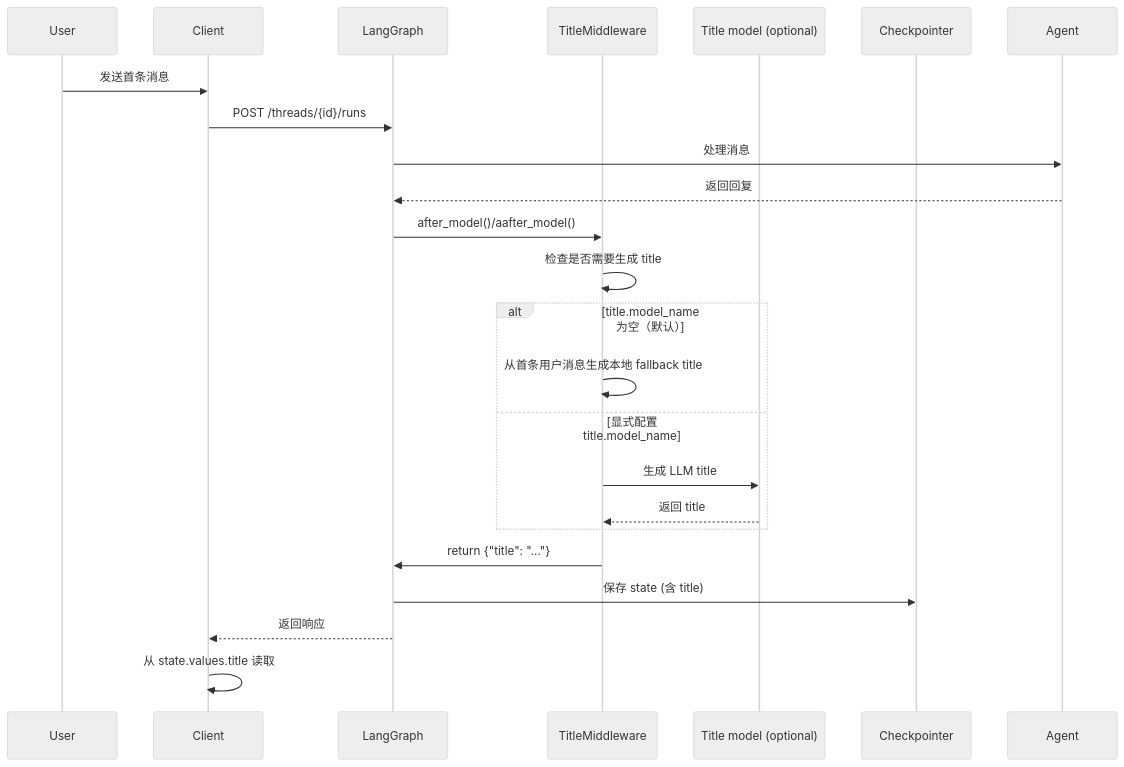
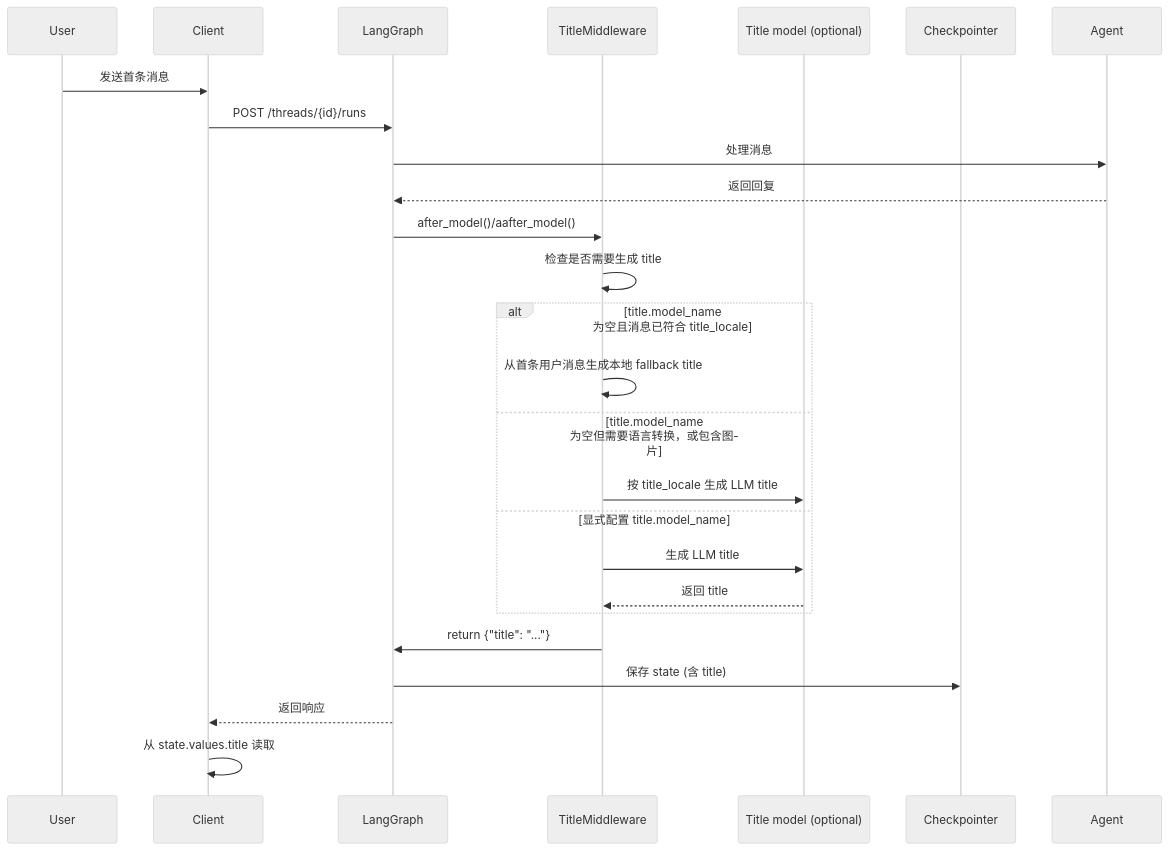
One commit to tiger8106/deer-flow changed the diagram in backend/docs/AUTO_TITLE_GENERATION.md. Above: the diagram before and after it, drawn with Mermaid (neutral theme). The commit also changed other lines of this file and 10 other files, not shown here.

````diff
--- a/backend/docs/AUTO_TITLE_GENERATION.md
+++ b/backend/docs/AUTO_TITLE_GENERATION.md
@@ -146,26 +151,28 @@
 ```mermaid
 sequenceDiagram
     participant User
     participant Client
     participant LangGraph
     participant TitleMiddleware
     participant TitleModel as Title model (optional)
     participant Checkpointer
 
     User->>Client: 发送首条消息
     Client->>LangGraph: POST /threads/{id}/runs
     LangGraph->>Agent: 处理消息
     Agent-->>LangGraph: 返回回复
     LangGraph->>TitleMiddleware: after_model()/aafter_model()
     TitleMiddleware->>TitleMiddleware: 检查是否需要生成 title
-    alt title.model_name 为空（默认）
+    alt title.model_name 为空且消息已符合 title_locale
         TitleMiddleware->>TitleMiddleware: 从首条用户消息生成本地 fallback title
+    else title.model_name 为空但需要语言转换，或包含图片
+        TitleMiddleware->>TitleModel: 按 title_locale 生成 LLM title
     else 显式配置 title.model_name
         TitleMiddleware->>TitleModel: 生成 LLM title
         TitleModel-->>TitleMiddleware: 返回 title
     end
     TitleMiddleware->>LangGraph: return {"title": "..."}
     LangGraph->>Checkpointer: 保存 state (含 title)
     LangGraph-->>Client: 返回响应
     Client->>Client: 从 state.values.title 读取
 ```
````
